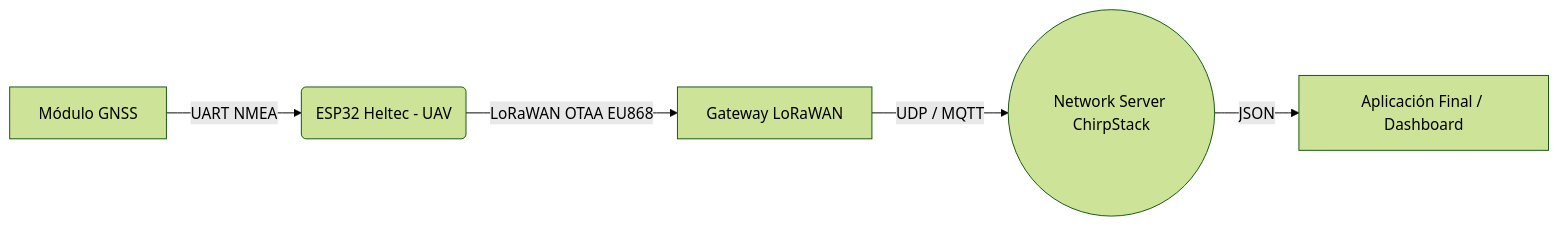
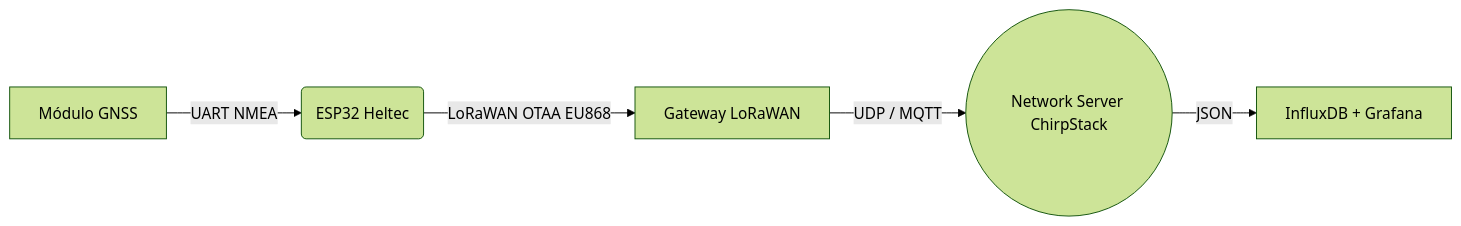
The first of 2 diagrams in docs/architecture.md (paulageenaro/uav-lorawan-gnss), drawn with Mermaid (forest theme) before and after one commit. The commit also changed other lines of this file and 14 other files, not shown here.

````diff
--- a/docs/architecture.md
+++ b/docs/architecture.md
@@ -7,7 +7,7 @@
 ```mermaid
 graph LR
-    A[Módulo GNSS] -->|UART NMEA| B(ESP32 Heltec - UAV)
+    A[Módulo GNSS] -->|UART NMEA| B(ESP32 Heltec)
     B -->|LoRaWAN OTAA EU868| C[Gateway LoRaWAN]
     C -->|UDP / MQTT| D((Network Server ChirpStack))
-    D -->|JSON| E[Aplicación Final / Dashboard]
+    D -->|JSON| E[InfluxDB + Grafana]
 ```
````
